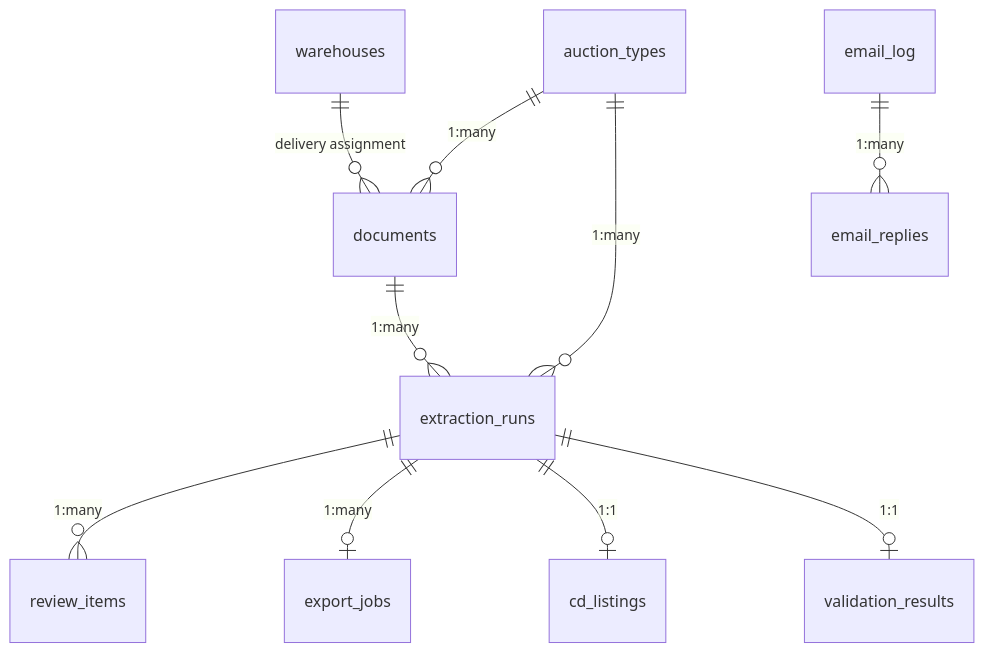
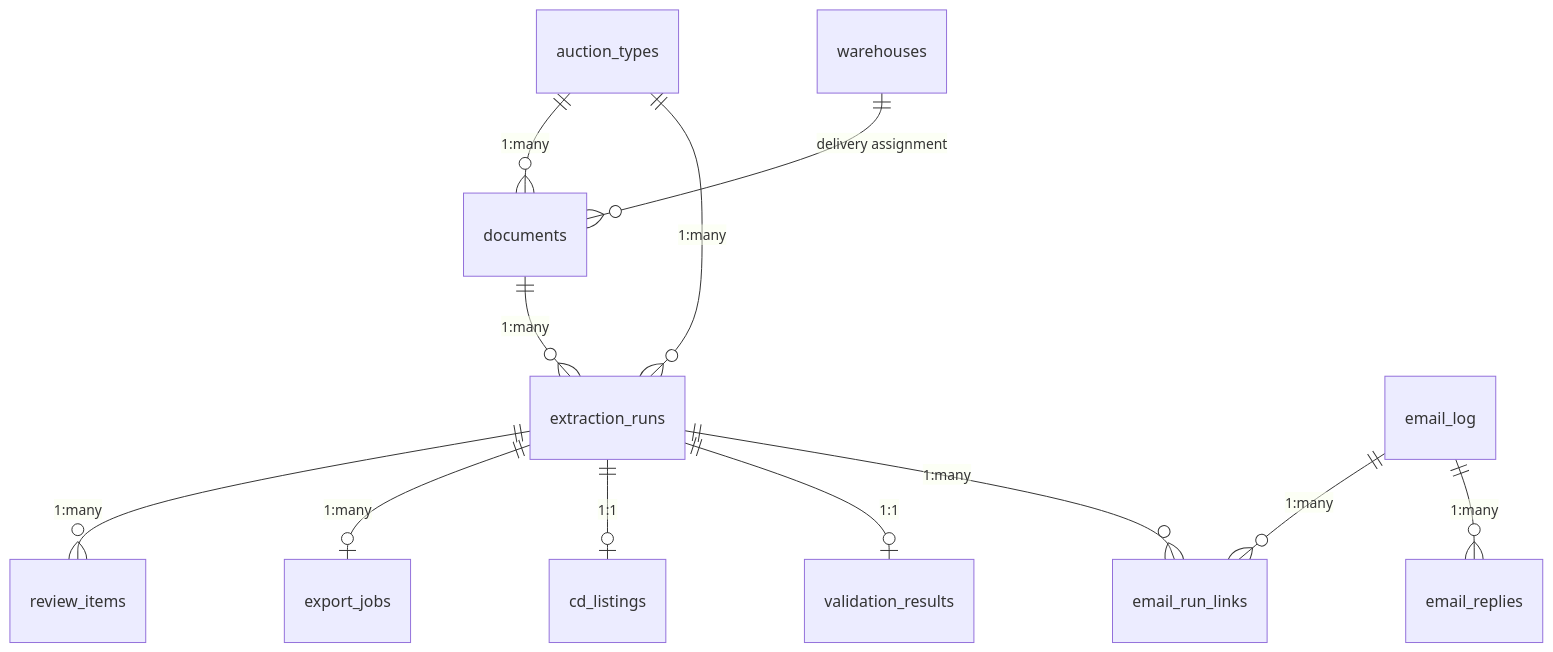
The diagram in docs/DATABASE.md (sergiivorotyntsev/y7dispatch), drawn with Mermaid before and after one commit. The commit also changed other lines of this file and 18 other files, not shown here.

First line of the commit message:
feat: email_run_links junction table, FK enforcement, docs update

````diff
--- a/docs/DATABASE.md
+++ b/docs/DATABASE.md
@@ -321,12 +378,14 @@
 ```mermaid
 erDiagram
     documents ||--o{ extraction_runs : "1:many"
     extraction_runs ||--o{ review_items : "1:many"
     extraction_runs ||--o| export_jobs : "1:many"
     extraction_runs ||--o| cd_listings : "1:1"
     extraction_runs ||--o| validation_results : "1:1"
     auction_types ||--o{ documents : "1:many"
     auction_types ||--o{ extraction_runs : "1:many"
+    email_log ||--o{ email_run_links : "1:many"
+    extraction_runs ||--o{ email_run_links : "1:many"
     email_log ||--o{ email_replies : "1:many"
     warehouses ||--o{ documents : "delivery assignment"
 ```
````
